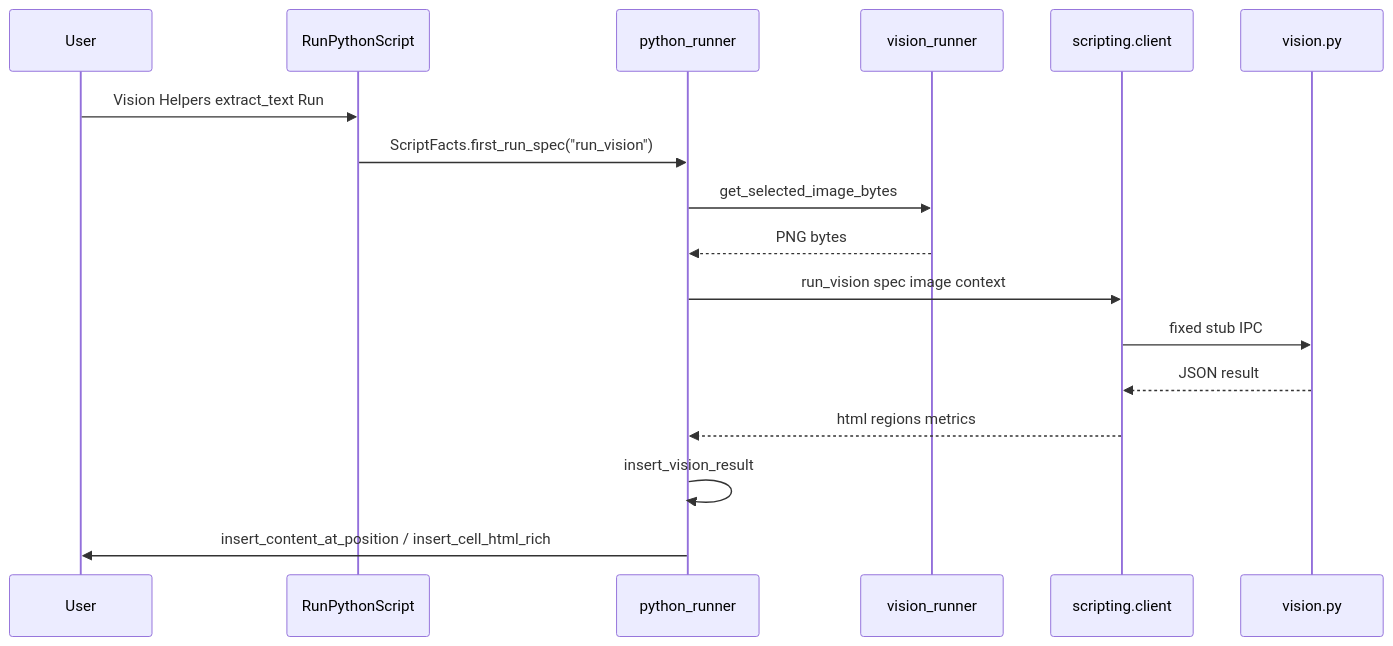
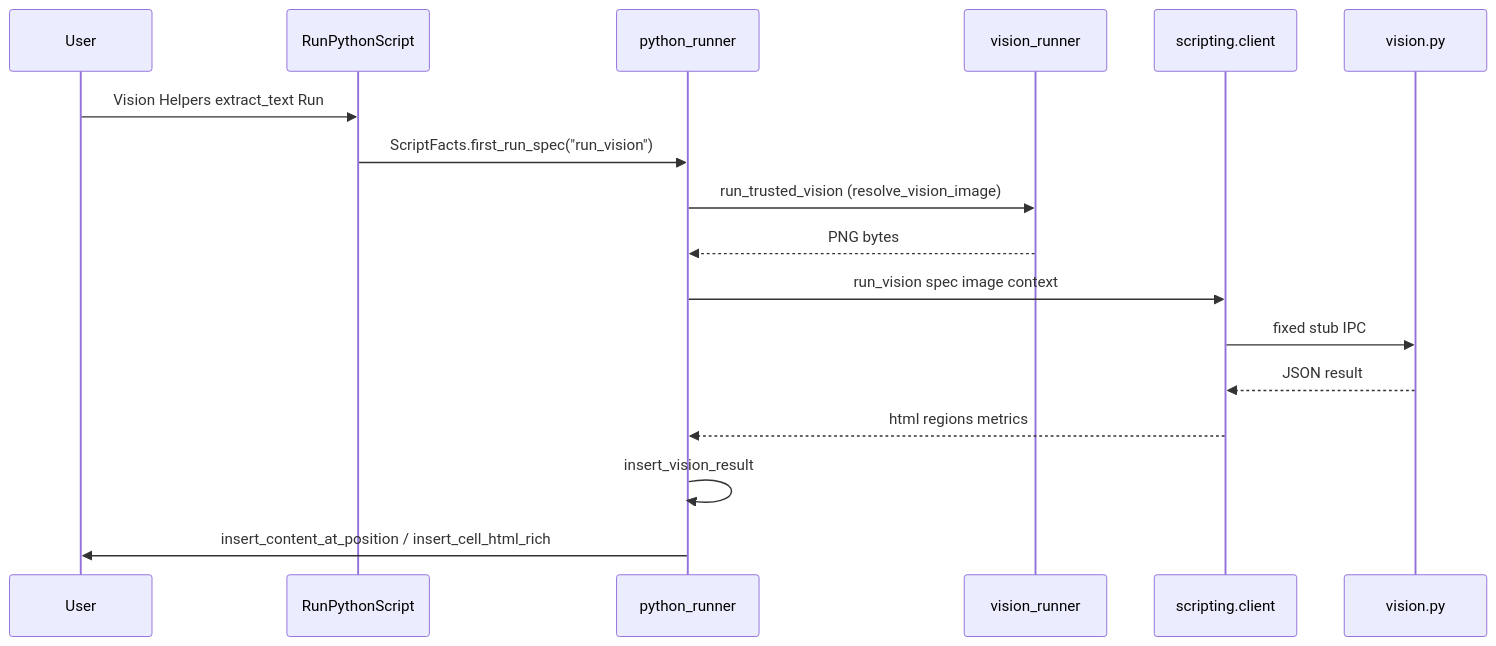
Before and after one commit to KeithCu/writeragent: the first of 3 diagrams in docs/images/recognition.md, drawn with Mermaid. The commit also changed other lines of this file and 4 other files, not shown here.

First line of the commit message:
Vision: unify image lookup/export and update error-code docs

````diff
--- a/docs/images/recognition.md
+++ b/docs/images/recognition.md
@@ -224,20 +224,20 @@
 ```mermaid
 sequenceDiagram
   participant User
   participant RPS as RunPythonScript
   participant Host as python_runner
   participant Export as vision_runner
   participant VC as scripting.client
   participant Venv as vision.py
 
   User->>RPS: Vision Helpers extract_text Run
   RPS->>Host: ScriptFacts.first_run_spec("run_vision")
-  Host->>Export: get_selected_image_bytes
+  Host->>Export: run_trusted_vision (resolve_vision_image)
   Export-->>Host: PNG bytes
   Host->>VC: run_vision spec image context
   VC->>Venv: fixed stub IPC
   Venv-->>VC: JSON result
   VC-->>Host: html regions metrics
   Host->>Host: insert_vision_result
   Host->>User: insert_content_at_position / insert_cell_html_rich
 ```
````
